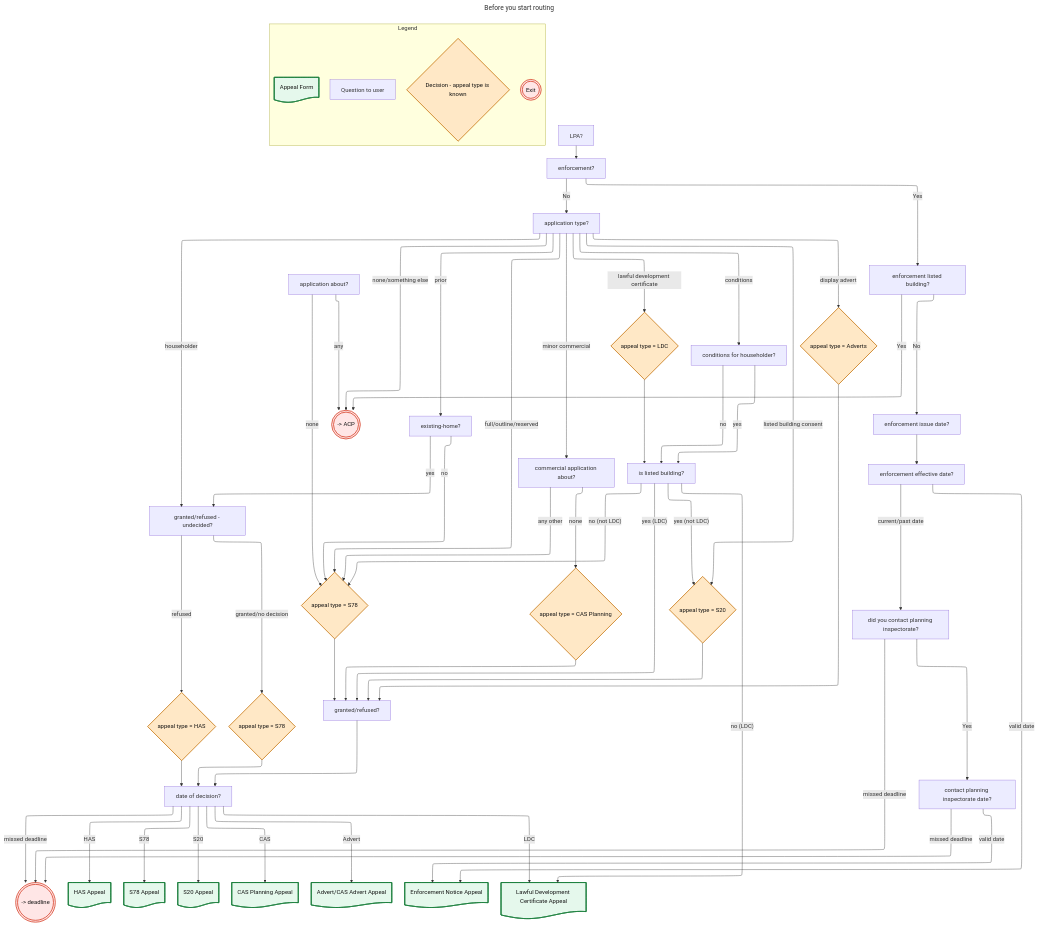
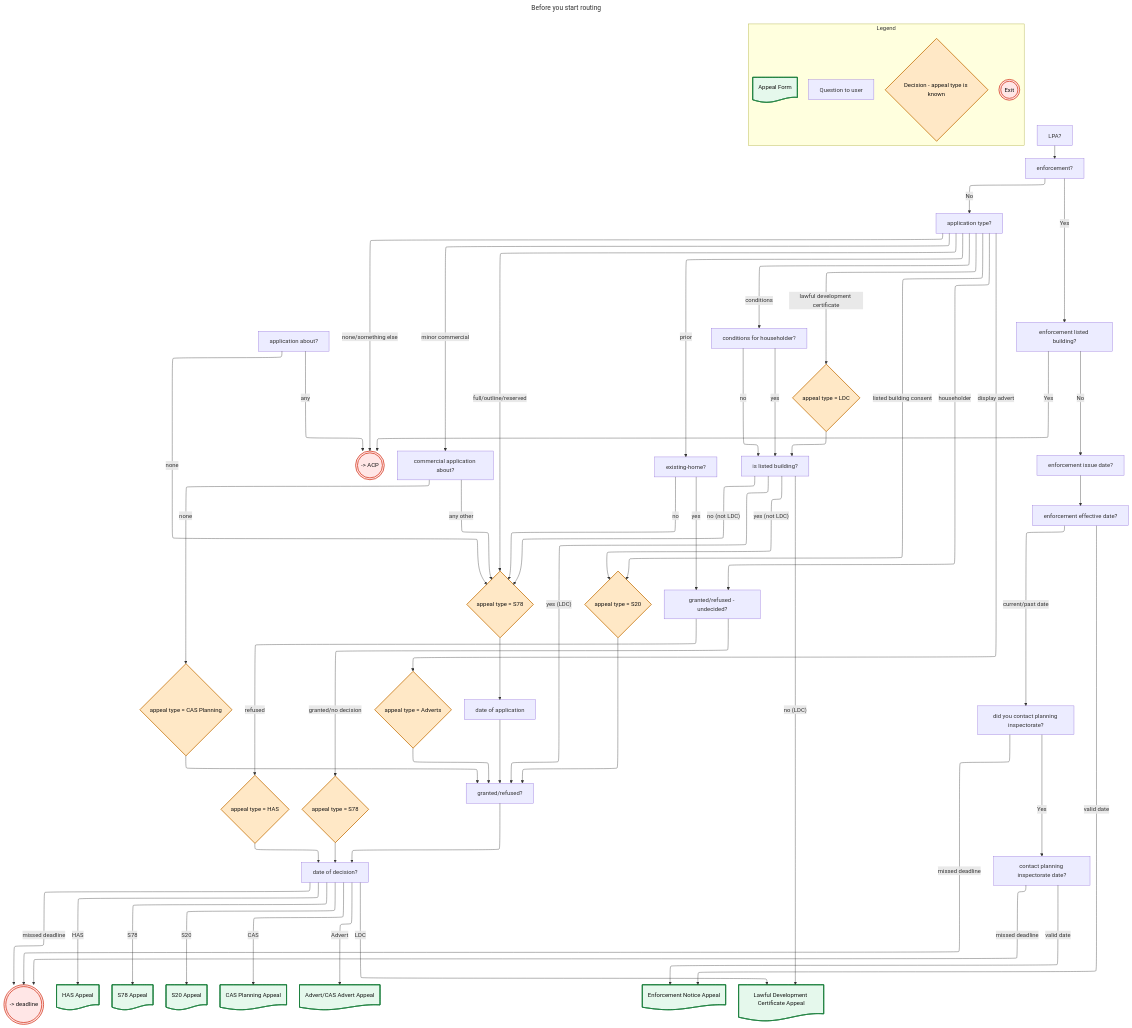
Before and after one commit to Planning-Inspectorate/appeal-planning-decision: the diagram in docs/before-you-start.md, drawn with Mermaid.

Commit message:
chore(docs): update before you start flowchart

```diff
--- a/docs/before-you-start.md
+++ b/docs/before-you-start.md
@@ -49,6 +49,7 @@
     listedBuilding[is listed building?]
     grantedRefused[granted/refused?]
     grantedRefusedUndecided[granted/refused - undecided?]
+    applicationDate[date of application]
     decisionDate[date of decision?]
     enforcementListedBuilding[enforcement listed building?]
     enforcementIssueDate[enforcement issue date?]
@@ -103,12 +104,13 @@
     listedBuilding -- yes (LDC) --> grantedRefused
     listedBuilding -- no (LDC) --> LDC
 
-    decideS78A --> grantedRefused
+    decideS78A --> applicationDate
     decideS20 --> grantedRefused
     decideAdvert --> grantedRefused
     decideCAS --> grantedRefused
     decideLDC --> listedBuilding
 
+    applicationDate --> grantedRefused
     grantedRefused --> decisionDate
 
     grantedRefusedUndecided -- granted/no decision --> decideS78B
```
